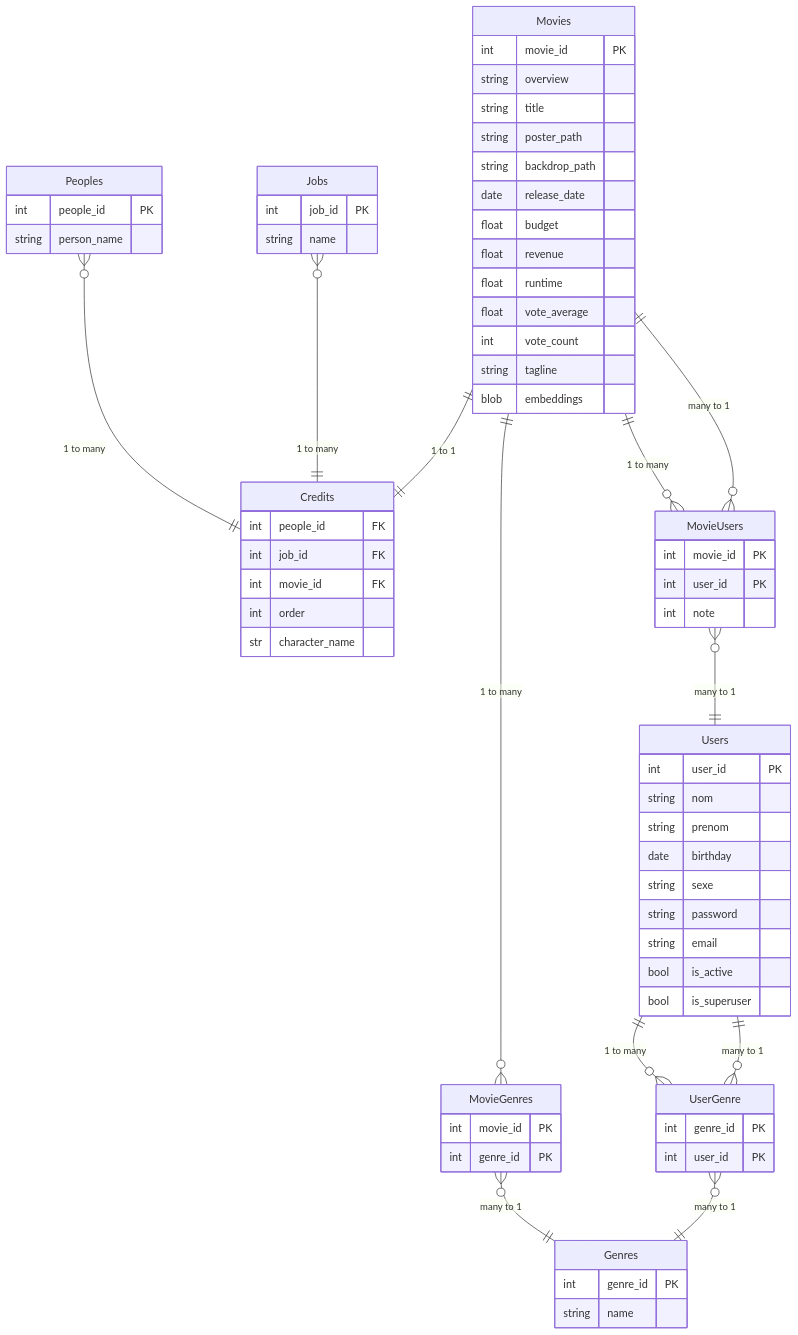
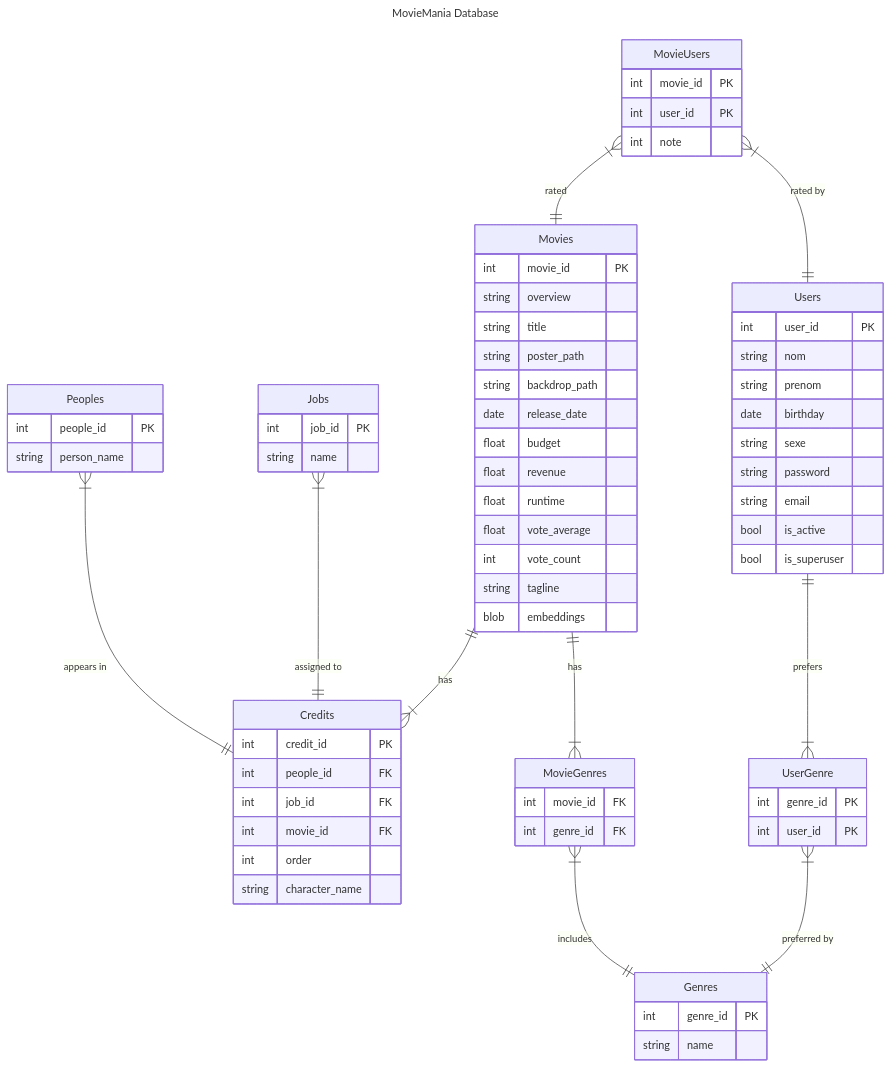
One commit to St4r4x/MovieMania changed the diagram in docs/MLD.md. Above: the diagram before and after it, drawn with Mermaid.

Commit message:
chore: Update MovieMania database schema with new tables and relationships

````diff
--- a/docs/MLD.md
+++ b/docs/MLD.md
@@ -1,77 +1,78 @@
 ```mermaid
+---
+title: MovieMania Database
+theme: forest
+---
+
 
 erDiagram
     Movies {
         int movie_id PK
         string overview
         string title
         string poster_path
         string backdrop_path
         date release_date
         float budget
         float revenue
         float runtime
         float vote_average
         int vote_count
         string tagline
         blob embeddings
-
     }
     Peoples {
         int people_id PK
         string person_name
     }
     Jobs {
         int job_id PK
         string name
     }
-    Credits{
+    Credits {
+        int credit_id PK
         int people_id FK
         int job_id FK
         int movie_id FK
         int order
-        str character_name
+        string character_name
     }
     Genres {
         int genre_id PK
         string name
     }
     MovieGenres {
-        int movie_id PK
-        int genre_id PK
+        int movie_id FK
+        int genre_id FK
     }
     Users {
         int user_id PK
         string nom
         string prenom
         date birthday
         string sexe
         string password
         string email
         bool is_active
         bool is_superuser
-
     }
     MovieUsers {
         int movie_id PK
         int user_id PK
         int note
     }
     UserGenre {
         int genre_id PK
         int user_id PK
     }
 
-
-    Movies ||--o{ MovieGenres: "1 to many"
-    MovieGenres }o--|| Genres: "many to 1"
-    Peoples }o--|| Credits : "1 to many"
-    Jobs }o--|| Credits : "1 to many"
-    Movies ||--|| Credits : "1 to 1"
-    MovieUsers }o--|| Movies: "many to 1"
-    MovieUsers }o--|| Users: "many to 1"
-    Users ||--o{ UserGenre: "1 to many"
-    UserGenre }o--|| Genres: "many to 1"
-    UserGenre }o--|| Users: "many to 1"
-    Movies ||--o{ MovieUsers: "1 to many"
+    Movies 1--many(1) MovieGenres : "has"
+    MovieGenres many(1)--1 Genres : "includes"
+    Peoples many(1)--1 Credits : "appears in"
+    Jobs many(1)--1 Credits : "assigned to"
+    Movies 1--many(1) Credits : "has"
+    MovieUsers many(1)--1 Movies : "rated"
+    MovieUsers many(1)--1 Users : "rated by"
+    Users 1--many(1) UserGenre : "prefers"
+    UserGenre many(1)--1 Genres : "preferred by"
 ```
````
